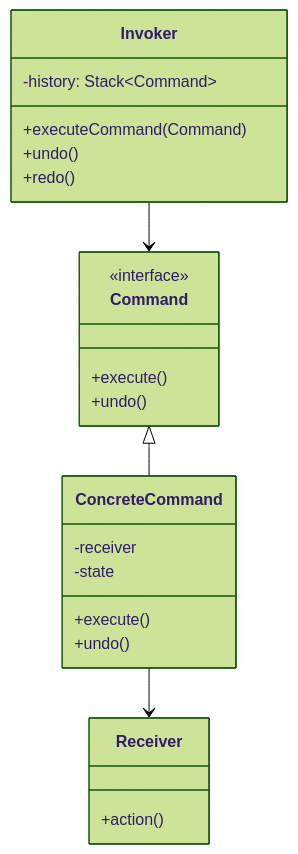
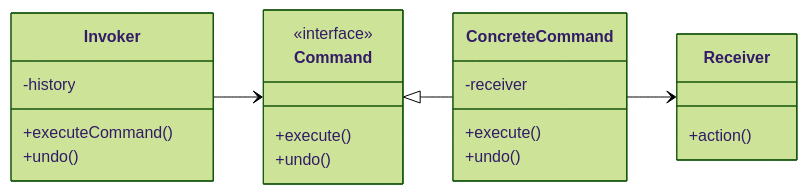
Before and after one commit to kousen/software-design-course: the first of 2 diagrams in slides/week-07-design-patterns-behavioral/session-14-slides.md, drawn with Mermaid (forest theme). The commit also changed other lines of this file, not shown here.

First line of the commit message:
Fix slide overflow issues in Session 14 (Command & Template Method)

````diff
--- a/slides/week-07-design-patterns-behavioral/session-14-slides.md
+++ b/slides/week-07-design-patterns-behavioral/session-14-slides.md
@@ -181,30 +210,25 @@
 ```mermaid
 classDiagram
+    direction LR
     class Command {
         <<interface>>
         +execute()
         +undo()
     }
-
     class ConcreteCommand {
         -receiver
-        -state
         +execute()
         +undo()
     }
-
     class Invoker {
-        -history: Stack~Command~
-        +executeCommand(Command)
+        -history
+        +executeCommand()
         +undo()
-        +redo()
     }
-
     class Receiver {
         +action()
     }
-
     Command <|-- ConcreteCommand
     ConcreteCommand --> Receiver
     Invoker --> Command
 ```
````
